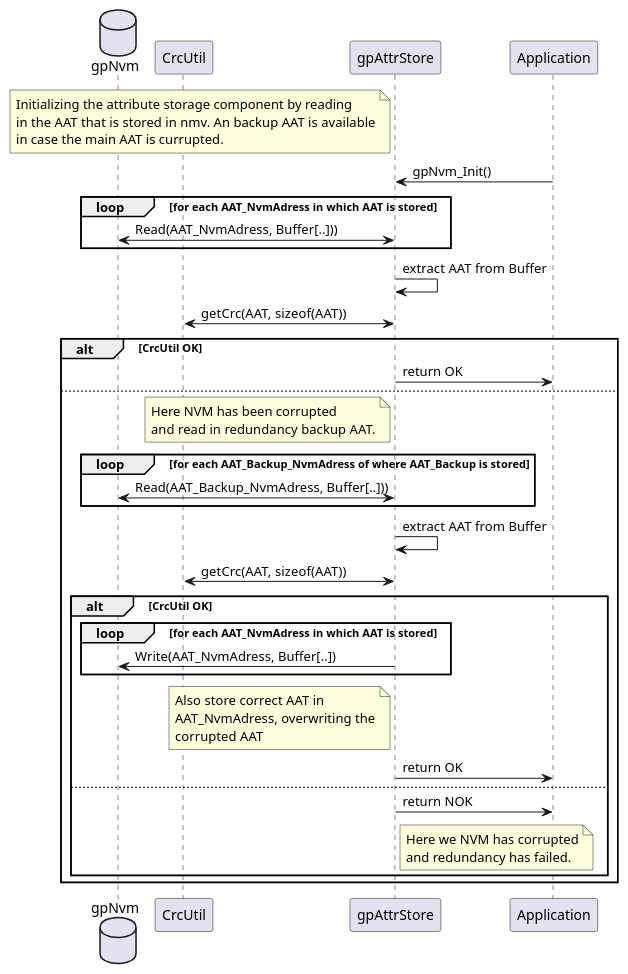
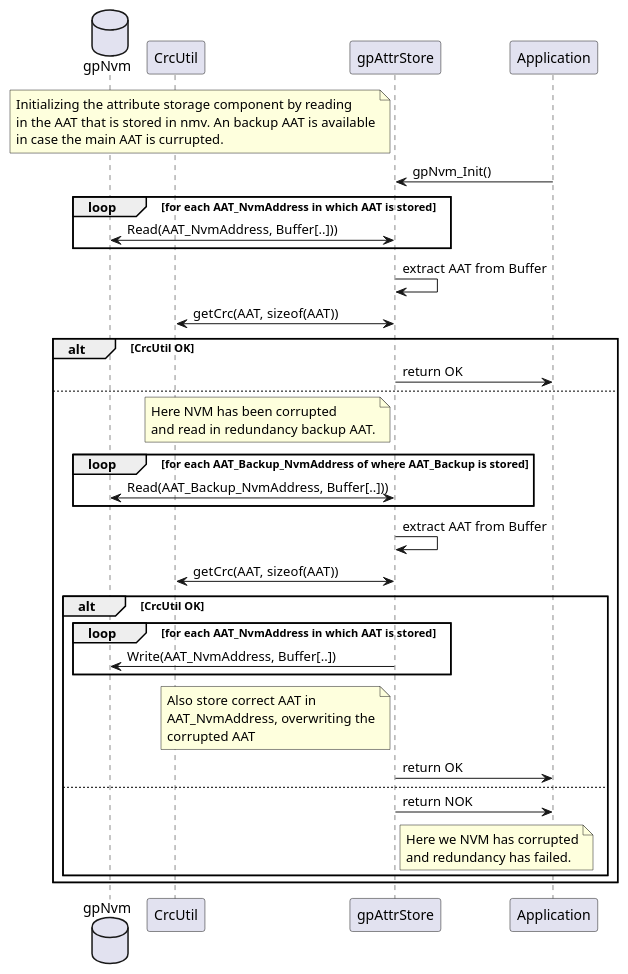
One commit to kevinwong1983/AttributeAllocationTable changed the fourth of 6 diagrams in doc/design.md. Above: the diagram before and after it, drawn with PlantUML. The commit also changed other lines of this file and 12 other files, not shown here.

```diff
--- a/doc/design.md
+++ b/doc/design.md
@@ -149,50 +149,50 @@
 @startuml gpNvm_Init
 note left of gpAttrStore
 	Initializing the attribute storage component by reading 
 	in the AAT that is stored in nmv. An backup AAT is available
 	in case the main AAT is currupted.
 end note
 
 database gpNvm
 participant CrcUtil
 participant gpAttrStore
 participant Application
 
 Application -> gpAttrStore : gpNvm_Init()
-loop for each AAT_NvmAdress in which AAT is stored
-	gpAttrStore <-> gpNvm : Read(AAT_NvmAdress, Buffer[..]))
+loop for each AAT_NvmAddress in which AAT is stored
+	gpAttrStore <-> gpNvm : Read(AAT_NvmAddress, Buffer[..]))
 end
 gpAttrStore -> gpAttrStore: extract AAT from Buffer
 
 gpAttrStore <-> CrcUtil : getCrc(AAT, sizeof(AAT))
 alt CrcUtil OK
 	gpAttrStore -> Application : return OK
 else
  	note left of gpAttrStore
 	Here NVM has been corrupted
 	and read in redundancy backup AAT.
 	end note
-	loop for each AAT_Backup_NvmAdress of where AAT_Backup is stored
-		gpAttrStore <-> gpNvm : Read(AAT_Backup_NvmAdress, Buffer[..]))
+	loop for each AAT_Backup_NvmAddress of where AAT_Backup is stored
+		gpAttrStore <-> gpNvm : Read(AAT_Backup_NvmAddress, Buffer[..]))
 	end
 	gpAttrStore -> gpAttrStore: extract AAT from Buffer
 	gpAttrStore <-> CrcUtil : getCrc(AAT, sizeof(AAT))
 	alt CrcUtil OK
-		loop for each AAT_NvmAdress in which AAT is stored
-			gpAttrStore -> gpNvm : Write(AAT_NvmAdress, Buffer[..])
+		loop for each AAT_NvmAddress in which AAT is stored
+			gpAttrStore -> gpNvm : Write(AAT_NvmAddress, Buffer[..])
 		end
 		note left of gpAttrStore
 		Also store correct AAT in
-		AAT_NvmAdress, overwriting the
+		AAT_NvmAddress, overwriting the
 		corrupted AAT
 		end note
 		gpAttrStore -> Application : return OK
 	else
 		gpAttrStore -> Application : return NOK
 	    note right of gpAttrStore
 		Here we NVM has corrupted
 		and redundancy has failed.
 		end note
 	end
 end
 @enduml
```
